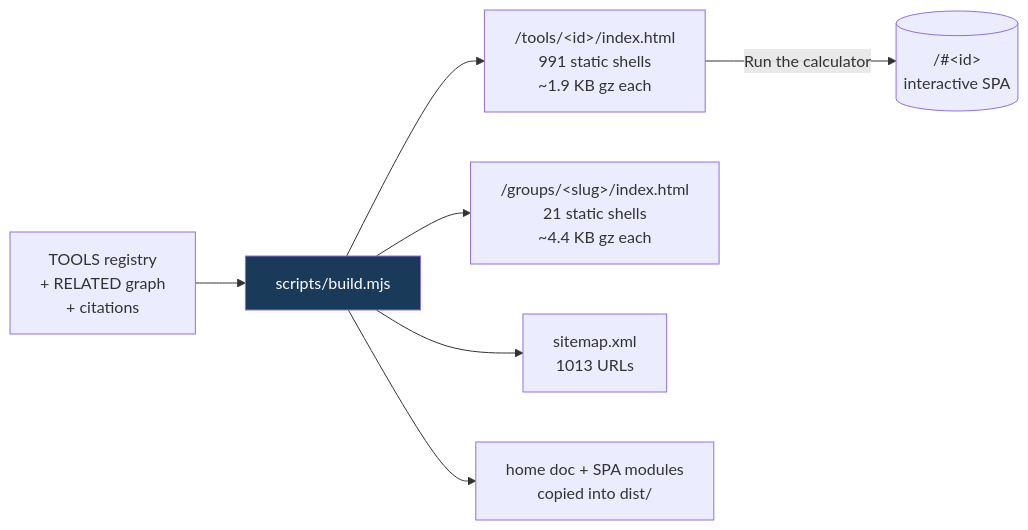
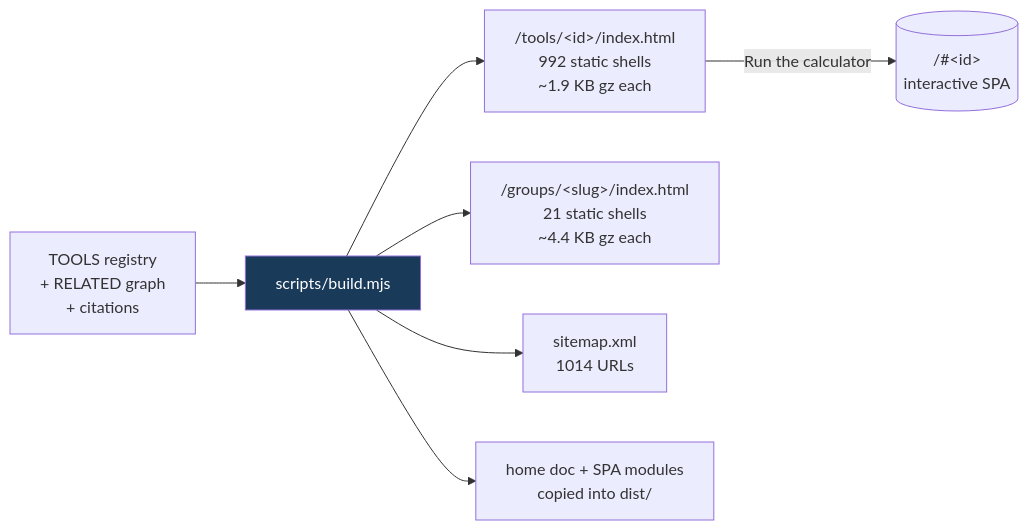
One commit to clay-good/roughlogic.com changed the fifth of 8 diagrams in README.md. Above: the diagram before and after it, drawn with Mermaid. The commit also changed other lines of this file and 12 other files, not shown here.

````diff
--- a/README.md
+++ b/README.md
@@ -495,10 +495,10 @@
 ```mermaid
 flowchart LR
     SRC[TOOLS registry\n+ RELATED graph\n+ citations] --> BUILD[scripts/build.mjs]
-    BUILD --> TILE["/tools/&lt;id&gt;/index.html\n991 static shells\n~1.9 KB gz each"]
+    BUILD --> TILE["/tools/&lt;id&gt;/index.html\n992 static shells\n~1.9 KB gz each"]
     BUILD --> GROUP["/groups/&lt;slug&gt;/index.html\n21 static shells\n~4.4 KB gz each"]
-    BUILD --> MAP["sitemap.xml\n1013 URLs"]
+    BUILD --> MAP["sitemap.xml\n1014 URLs"]
     BUILD --> COPY[home doc + SPA modules\ncopied into dist/]
     TILE -->|Run the calculator| SPA[("/#&lt;id&gt;\ninteractive SPA")]
     style BUILD fill:#1a3a5a,color:#fff
 ```
````
